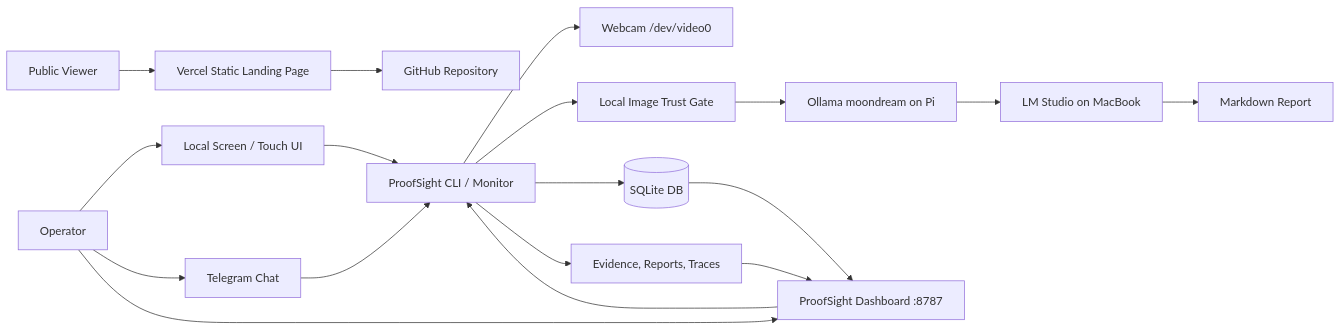
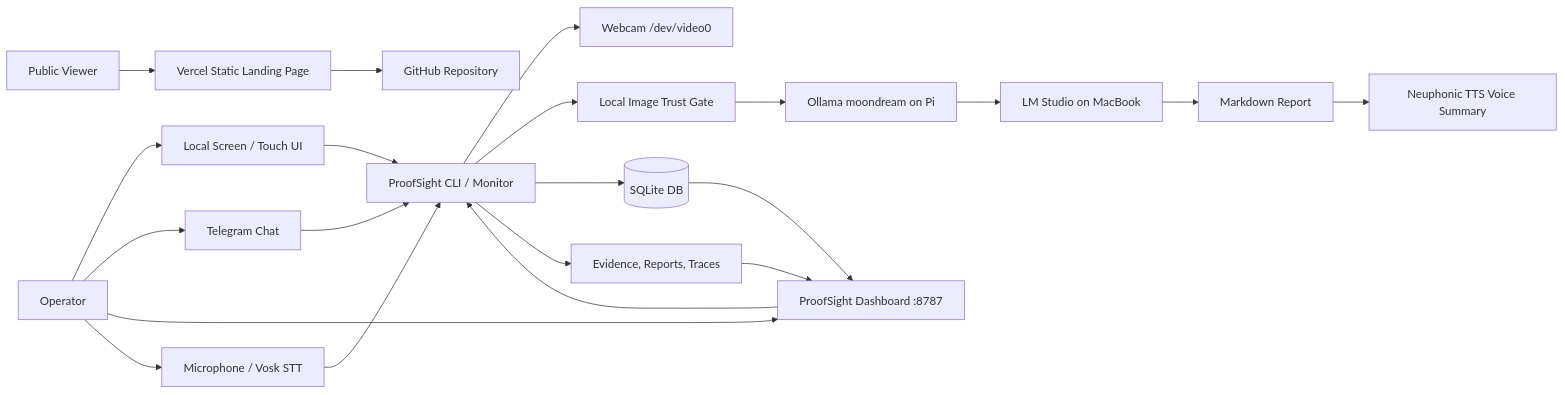
One commit to MasteraSnackin/ProofSight changed the diagram in README.md. Above: the diagram before and after it, drawn with Mermaid. The commit also changed other lines of this file and 1 other file, not shown here.

Commit message:
docs: add ProofSight voice interface plan

````diff
--- a/README.md
+++ b/README.md
@@ -79,20 +82,23 @@
 ```mermaid
 flowchart LR
   Operator[Operator] --> Screen[Local Screen / Touch UI]
   Operator --> Telegram[Telegram Chat]
   Operator --> Dashboard[ProofSight Dashboard :8787]
+  Operator --> Mic[Microphone / Vosk STT]
   Screen --> Agent[ProofSight CLI / Monitor]
   Telegram --> Agent[ProofSight CLI / Monitor]
+  Mic --> Agent
   Dashboard --> Agent[ProofSight CLI / Monitor]
   Agent --> Camera[Webcam /dev/video0]
   Agent --> Gate[Local Image Trust Gate]
   Gate --> Vision[Ollama moondream on Pi]
   Vision --> Reasoning[LM Studio on MacBook]
   Reasoning --> Report[Markdown Report]
+  Report --> Voice[Neuphonic TTS Voice Summary]
   Agent --> Store[(SQLite DB)]
   Agent --> Files[Evidence, Reports, Traces]
   Files --> Dashboard
   Store --> Dashboard
   Public[Public Viewer] --> Vercel[Vercel Static Landing Page]
   Vercel --> Repo[GitHub Repository]
 ```
````
